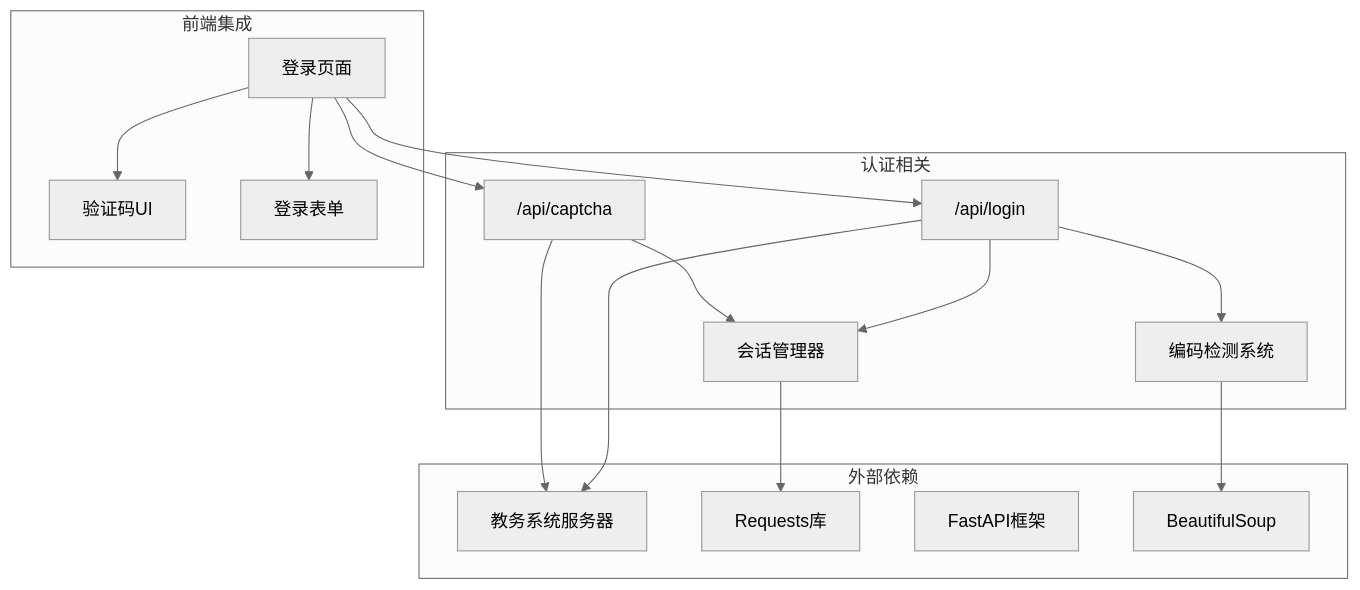
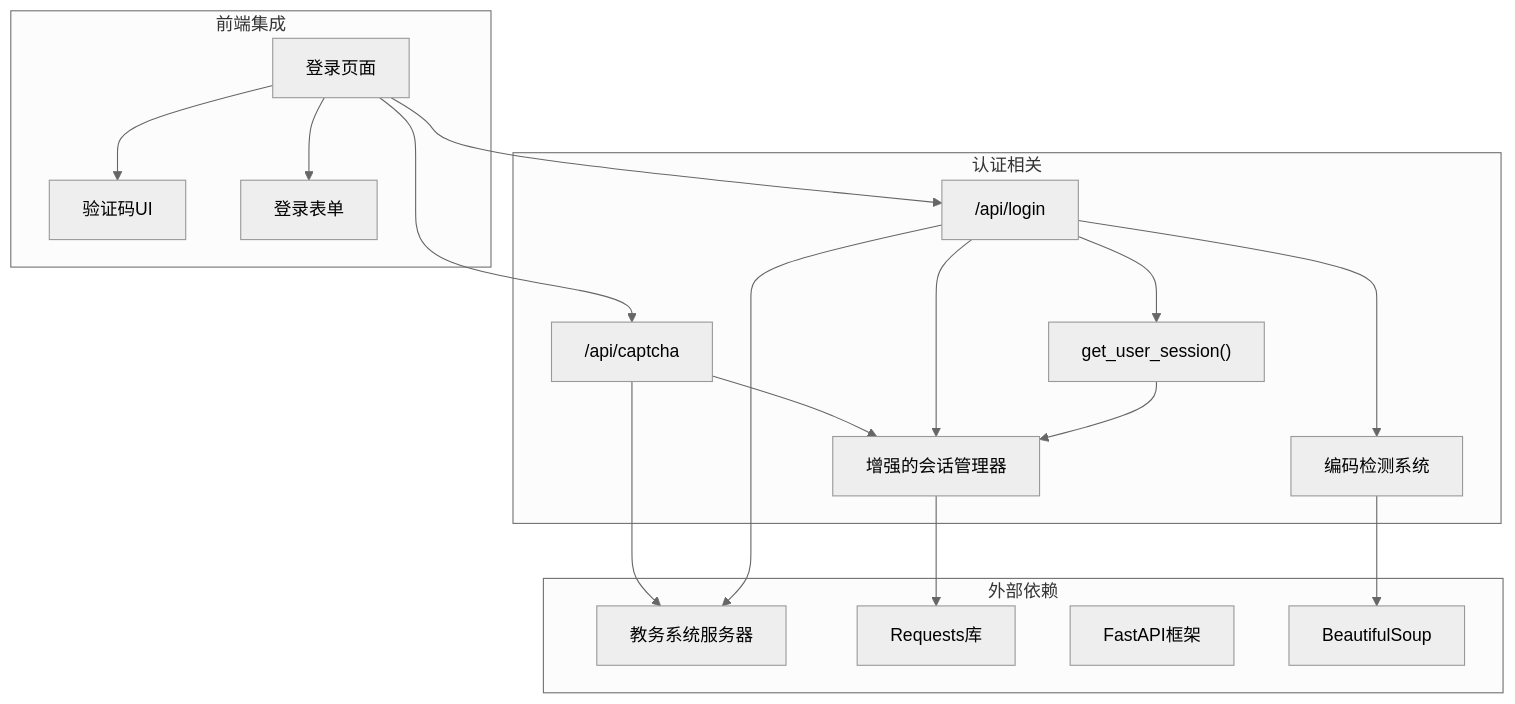
The sixth of 6 diagrams in .qoder/repowiki/zh/content/后端API文档/用户认证API.md (ghbbn053-ship-itsoulddog/soulddog), drawn with Mermaid (neutral theme) before and after one commit. The commit also changed other lines of this file and 4 other files, not shown here.

````diff
--- a/.qoder/repowiki/zh/content/后端API文档/用户认证API.md
+++ b/.qoder/repowiki/zh/content/后端API文档/用户认证API.md
@@ -384,31 +388,34 @@
 ```mermaid
 graph TB
 subgraph "认证相关"
 CaptchaAPI["/api/captcha"]
 LoginAPI["/api/login"]
-SessionMgr["会话管理器"]
+SessionMgr["增强的会话管理器"]
+Helper["get_user_session()"]
 EncodingSystem["编码检测系统"]
 end
 subgraph "前端集成"
 LoginPage["登录页面"]
 CaptchaUI["验证码UI"]
 LoginForm["登录表单"]
 end
 subgraph "外部依赖"
 JWXT["教务系统服务器"]
 Requests["Requests库"]
 FastAPI["FastAPI框架"]
 BeautifulSoup["BeautifulSoup"]
 end
 LoginPage --> CaptchaAPI
 LoginPage --> LoginAPI
 CaptchaAPI --> SessionMgr
 LoginAPI --> SessionMgr
+LoginAPI --> Helper
 LoginAPI --> EncodingSystem
 SessionMgr --> Requests
+Helper --> SessionMgr
 EncodingSystem --> BeautifulSoup
 CaptchaAPI --> JWXT
 LoginAPI --> JWXT
 LoginPage --> CaptchaUI
 LoginPage --> LoginForm
 ```
````
